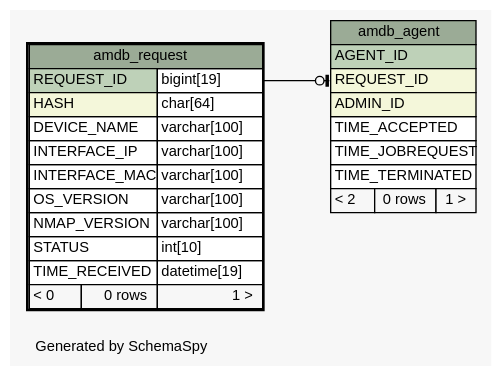
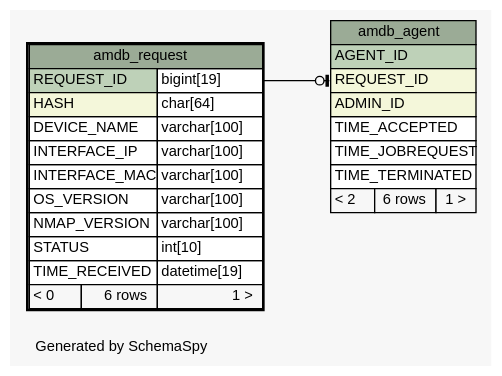
The diagram in am/doc/schemaspy/diagrams/amdb_request.1degree.dot (yannikab/k23b_ac), drawn with Graphviz before and after one commit. The commit also changed 46 other files, not shown here.

Commit message:
Database schema changes for Aggregator Manager.

```diff
--- a/am/doc/schemaspy/diagrams/amdb_request.1degree.dot
+++ b/am/doc/schemaspy/diagrams/amdb_request.1degree.dot
@@ -1,56 +1,56 @@
 // dot 2.38.0 on Linux 4.0.5-gentoo
 // SchemaSpy rev 590
 digraph "oneDegreeRelationshipsDiagram" {
   graph [
     rankdir="RL"
     bgcolor="#f7f7f7"
     label="\nGenerated by SchemaSpy"
     labeljust="l"
     nodesep="0.18"
     ranksep="0.46"
     fontname="Helvetica"
     fontsize="11"
   ];
   node [
     fontname="Helvetica"
     fontsize="11"
     shape="plaintext"
   ];
   edge [
     arrowsize="0.8"
   ];
   "amdb_agent":"REQUEST_ID":w -> "amdb_request":"REQUEST_ID.type":e [arrowhead=none dir=back arrowtail=teeodot];
   "amdb_agent" [
     label=<
     <TABLE BORDER="0" CELLBORDER="1" CELLSPACING="0" BGCOLOR="#ffffff">
       <TR><TD COLSPAN="3" BGCOLOR="#9bab96" ALIGN="CENTER">amdb_agent</TD></TR>
       <TR><TD PORT="AGENT_ID" COLSPAN="3" BGCOLOR="#bed1b8" ALIGN="LEFT">AGENT_ID</TD></TR>
       <TR><TD PORT="REQUEST_ID" COLSPAN="3" BGCOLOR="#f4f7da" ALIGN="LEFT">REQUEST_ID</TD></TR>
       <TR><TD PORT="ADMIN_ID" COLSPAN="3" BGCOLOR="#f4f7da" ALIGN="LEFT">ADMIN_ID</TD></TR>
       <TR><TD PORT="TIME_ACCEPTED" COLSPAN="3" ALIGN="LEFT">TIME_ACCEPTED</TD></TR>
       <TR><TD PORT="TIME_JOBREQUEST" COLSPAN="3" ALIGN="LEFT">TIME_JOBREQUEST</TD></TR>
       <TR><TD PORT="TIME_TERMINATED" COLSPAN="3" ALIGN="LEFT">TIME_TERMINATED</TD></TR>
-      <TR><TD ALIGN="LEFT" BGCOLOR="#f7f7f7">&lt; 2</TD><TD ALIGN="RIGHT" BGCOLOR="#f7f7f7">0 rows</TD><TD ALIGN="RIGHT" BGCOLOR="#f7f7f7">1 &gt;</TD></TR>
+      <TR><TD ALIGN="LEFT" BGCOLOR="#f7f7f7">&lt; 2</TD><TD ALIGN="RIGHT" BGCOLOR="#f7f7f7">6 rows</TD><TD ALIGN="RIGHT" BGCOLOR="#f7f7f7">1 &gt;</TD></TR>
     </TABLE>>
     URL="amdb_agent.html"
     tooltip="amdb_agent"
   ];
   "amdb_request" [
     label=<
     <TABLE BORDER="2" CELLBORDER="1" CELLSPACING="0" BGCOLOR="#ffffff">
       <TR><TD COLSPAN="3" BGCOLOR="#9bab96" ALIGN="CENTER">amdb_request</TD></TR>
       <TR><TD PORT="REQUEST_ID" COLSPAN="2" BGCOLOR="#bed1b8" ALIGN="LEFT">REQUEST_ID</TD><TD PORT="REQUEST_ID.type" ALIGN="LEFT">bigint[19]</TD></TR>
       <TR><TD PORT="HASH" COLSPAN="2" BGCOLOR="#f4f7da" ALIGN="LEFT">HASH</TD><TD PORT="HASH.type" ALIGN="LEFT">char[64]</TD></TR>
       <TR><TD PORT="DEVICE_NAME" COLSPAN="2" ALIGN="LEFT">DEVICE_NAME</TD><TD PORT="DEVICE_NAME.type" ALIGN="LEFT">varchar[100]</TD></TR>
       <TR><TD PORT="INTERFACE_IP" COLSPAN="2" ALIGN="LEFT">INTERFACE_IP</TD><TD PORT="INTERFACE_IP.type" ALIGN="LEFT">varchar[100]</TD></TR>
       <TR><TD PORT="INTERFACE_MAC" COLSPAN="2" ALIGN="LEFT">INTERFACE_MAC</TD><TD PORT="INTERFACE_MAC.type" ALIGN="LEFT">varchar[100]</TD></TR>
       <TR><TD PORT="OS_VERSION" COLSPAN="2" ALIGN="LEFT">OS_VERSION</TD><TD PORT="OS_VERSION.type" ALIGN="LEFT">varchar[100]</TD></TR>
       <TR><TD PORT="NMAP_VERSION" COLSPAN="2" ALIGN="LEFT">NMAP_VERSION</TD><TD PORT="NMAP_VERSION.type" ALIGN="LEFT">varchar[100]</TD></TR>
       <TR><TD PORT="STATUS" COLSPAN="2" ALIGN="LEFT">STATUS</TD><TD PORT="STATUS.type" ALIGN="LEFT">int[10]</TD></TR>
       <TR><TD PORT="TIME_RECEIVED" COLSPAN="2" ALIGN="LEFT">TIME_RECEIVED</TD><TD PORT="TIME_RECEIVED.type" ALIGN="LEFT">datetime[19]</TD></TR>
-      <TR><TD ALIGN="LEFT" BGCOLOR="#f7f7f7">&lt; 0</TD><TD ALIGN="RIGHT" BGCOLOR="#f7f7f7">0 rows</TD><TD ALIGN="RIGHT" BGCOLOR="#f7f7f7">1 &gt;</TD></TR>
+      <TR><TD ALIGN="LEFT" BGCOLOR="#f7f7f7">&lt; 0</TD><TD ALIGN="RIGHT" BGCOLOR="#f7f7f7">6 rows</TD><TD ALIGN="RIGHT" BGCOLOR="#f7f7f7">1 &gt;</TD></TR>
     </TABLE>>
     URL="amdb_request.html"
     tooltip="amdb_request"
   ];
 }
```
